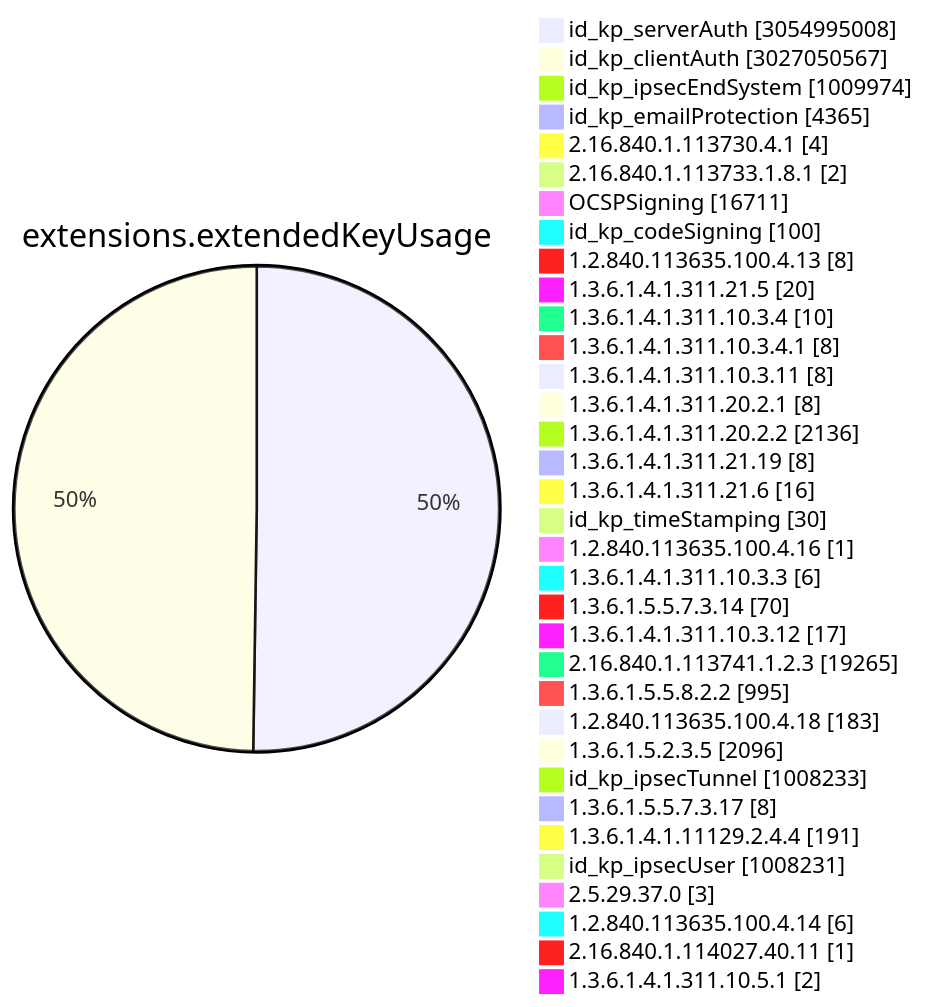
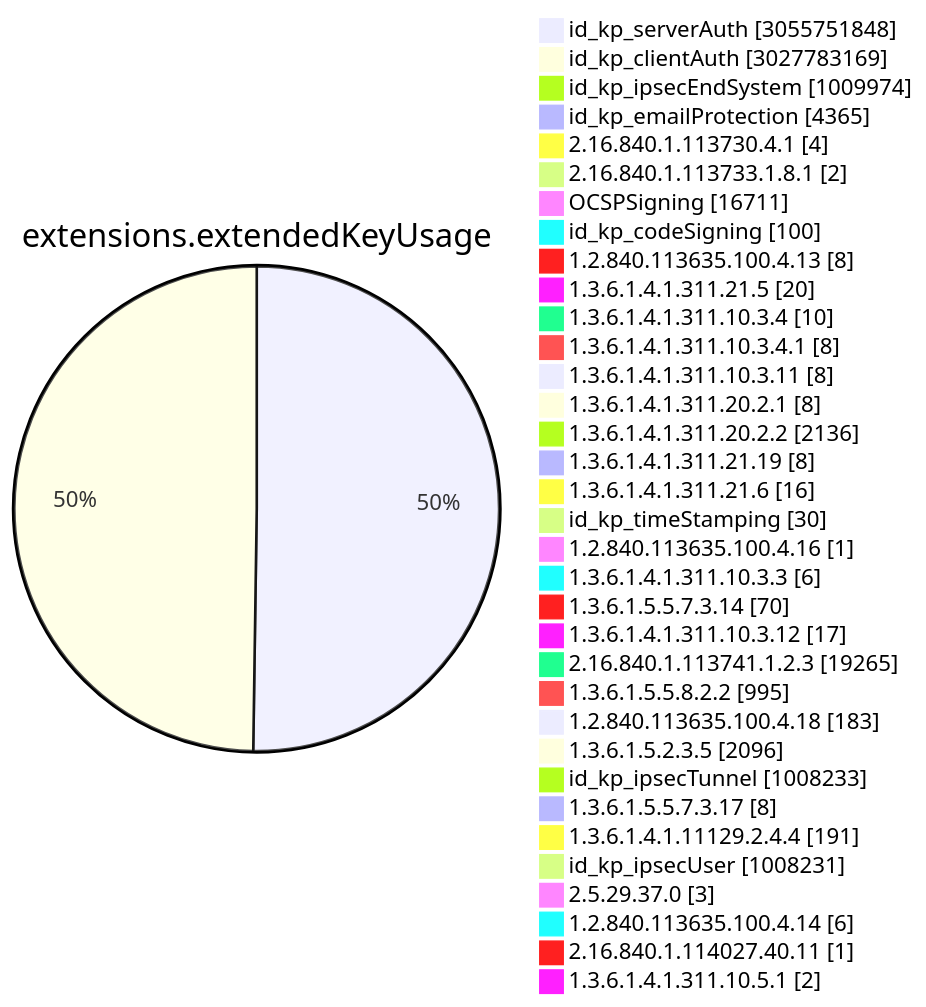
Before and after one commit to christiankrug/ctmonitor_visualization: diagram 11 of 15 in TOTAL/README.md, drawn with Mermaid. The commit also changed other lines of this file, not shown here.

````diff
--- a/TOTAL/README.md
+++ b/TOTAL/README.md
@@ -4117,38 +4117,38 @@
 ```mermaid
 pie showData
 title extensions.extendedKeyUsage
-"id_kp_serverAuth" :3054995008
-"id_kp_clientAuth" :3027050567
+"id_kp_serverAuth" :3055751848
+"id_kp_clientAuth" :3027783169
 "id_kp_ipsecEndSystem" :1009974
 "id_kp_emailProtection" :4365
 "2.16.840.1.113730.4.1" :4
 "2.16.840.1.113733.1.8.1" :2
 "OCSPSigning" :16711
 "id_kp_codeSigning" :100
 "1.2.840.113635.100.4.13" :8
 "1.3.6.1.4.1.311.21.5" :20
 "1.3.6.1.4.1.311.10.3.4" :10
 "1.3.6.1.4.1.311.10.3.4.1" :8
 "1.3.6.1.4.1.311.10.3.11" :8
 "1.3.6.1.4.1.311.20.2.1" :8
 "1.3.6.1.4.1.311.20.2.2" :2136
 "1.3.6.1.4.1.311.21.19" :8
 "1.3.6.1.4.1.311.21.6" :16
 "id_kp_timeStamping" :30
 "1.2.840.113635.100.4.16" :1
 "1.3.6.1.4.1.311.10.3.3" :6
 "1.3.6.1.5.5.7.3.14" :70
 "1.3.6.1.4.1.311.10.3.12" :17
 "2.16.840.1.113741.1.2.3" :19265
 "1.3.6.1.5.5.8.2.2" :995
 "1.2.840.113635.100.4.18" :183
 "1.3.6.1.5.2.3.5" :2096
 "id_kp_ipsecTunnel" :1008233
 "1.3.6.1.5.5.7.3.17" :8
 "1.3.6.1.4.1.11129.2.4.4" :191
 "id_kp_ipsecUser" :1008231
 "2.5.29.37.0" :3
 "1.2.840.113635.100.4.14" :6
 "2.16.840.1.114027.40.11" :1
 "1.3.6.1.4.1.311.10.5.1" :2
 ```
````
